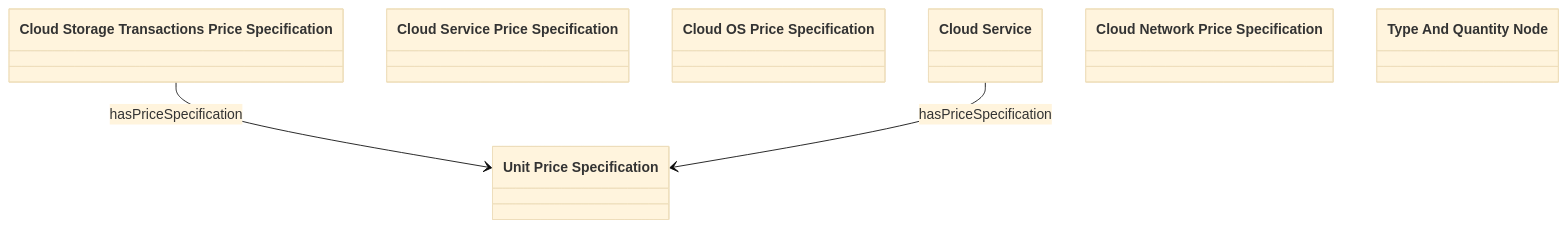
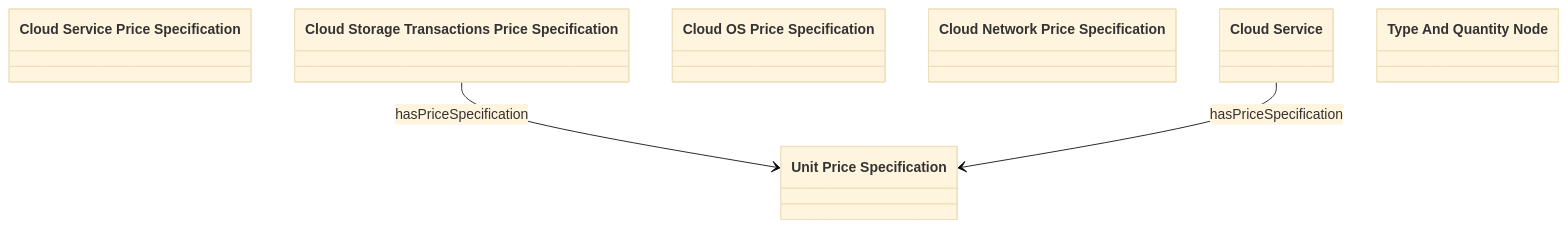
Before and after one commit to oeg-upm/Devos: the diagram in output/ieswc_meta/cocoon.ttl-abstract-7-0-hard.md, drawn with Mermaid (base theme). The commit also changed other lines of this file and 131 other files, not shown here.

````diff
--- a/output/ieswc_meta/cocoon.ttl-abstract-7-0-hard.md
+++ b/output/ieswc_meta/cocoon.ttl-abstract-7-0-hard.md
@@ -1,39 +1,39 @@
 ```mermaid
 	classDiagram
 
     
-    class `Cloud Service` {
+    class `Cloud Service Price Specification` {
     
     }
 
-    class `Cloud Service Price Specification` {
+    class `Cloud Service` {
     
     }
 
     class `Cloud OS Price Specification` {
     
     }
 
-    class `Cloud Storage Transactions Price Specification` {
+    class `Cloud Network Price Specification` {
     
     }
 
-    class `Cloud Network Price Specification` {
+    class `Cloud Storage Transactions Price Specification` {
     
     }
 
     class `Type And Quantity Node` {
     
     }
 
     class `Unit Price Specification` {
     
     }
 
 
 
 `Cloud Storage Transactions Price Specification`  --> `Unit Price Specification`   :hasPriceSpecification  
 
 `Cloud Service`  --> `Unit Price Specification`   :hasPriceSpecification  
 
 ```
````
